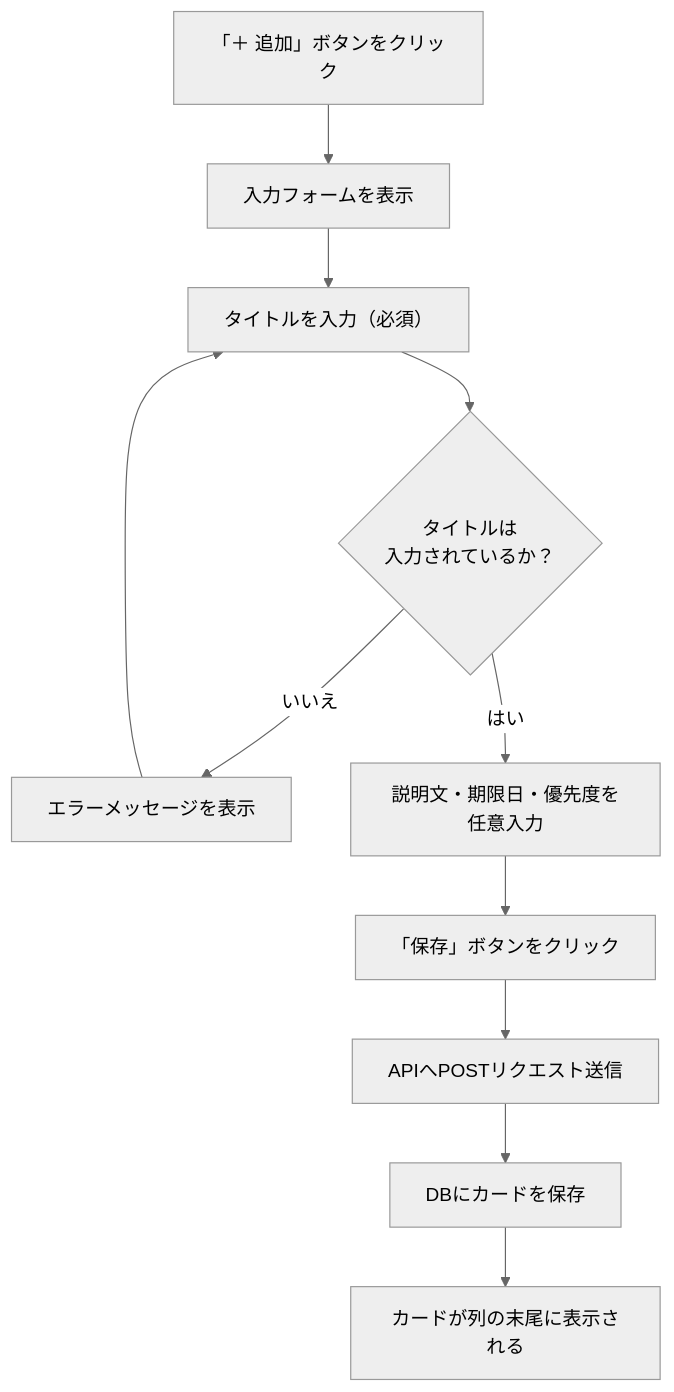
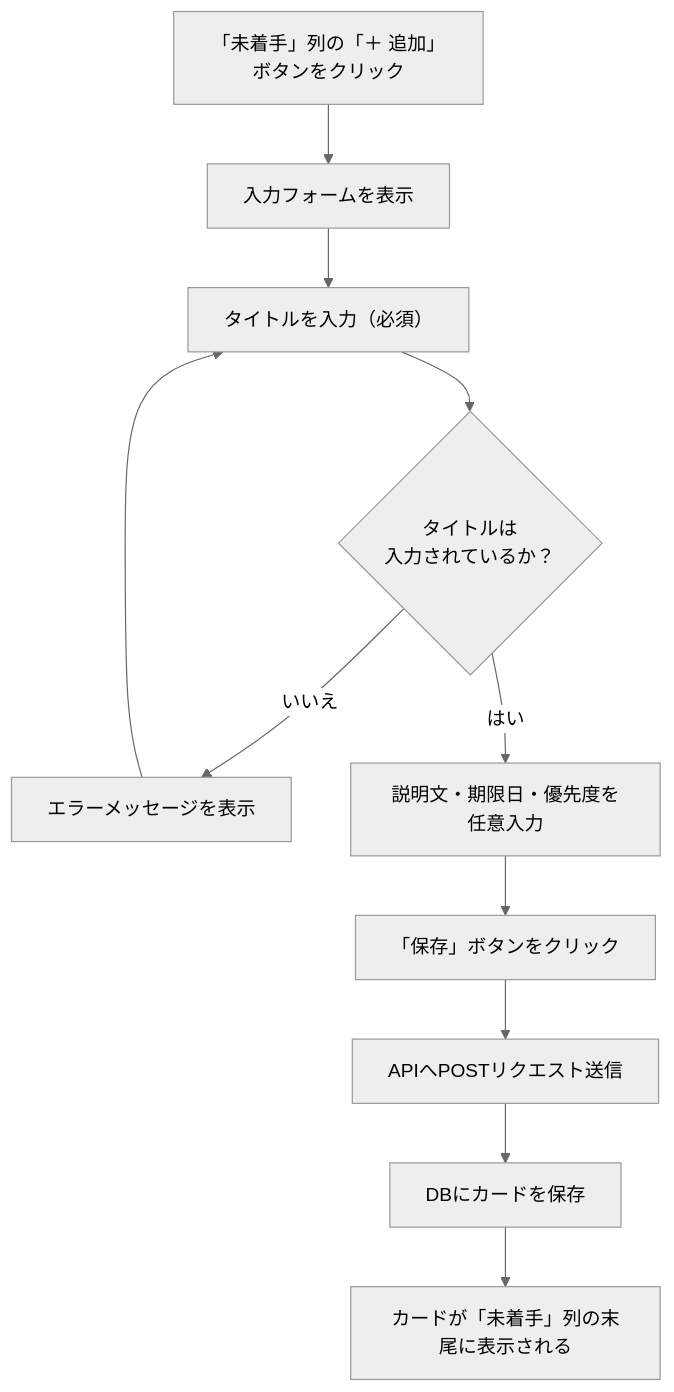
Before and after one commit to Masaki-0225/AIgakusyuu: the first of 7 diagrams in docs/functional-requirements.md, drawn with Mermaid (neutral theme). The commit also changed other lines of this file and 2 other files, not shown here.

````diff
--- a/docs/functional-requirements.md
+++ b/docs/functional-requirements.md
@@ -60,13 +63,13 @@
 ```mermaid
 flowchart TD
-    A["「＋ 追加」ボタンをクリック"] --> B["入力フォームを表示"]
+    A["「未着手」列の「＋ 追加」ボタンをクリック"] --> B["入力フォームを表示"]
     B --> C["タイトルを入力（必須）"]
     C --> D{"タイトルは\n入力されているか？"}
     D -- いいえ --> E["エラーメッセージを表示"]
     E --> C
     D -- はい --> F["説明文・期限日・優先度を任意入力"]
     F --> G["「保存」ボタンをクリック"]
     G --> H["APIへPOSTリクエスト送信"]
     H --> I["DBにカードを保存"]
-    I --> J["カードが列の末尾に表示される"]
+    I --> J["カードが「未着手」列の末尾に表示される"]
 ```
````
